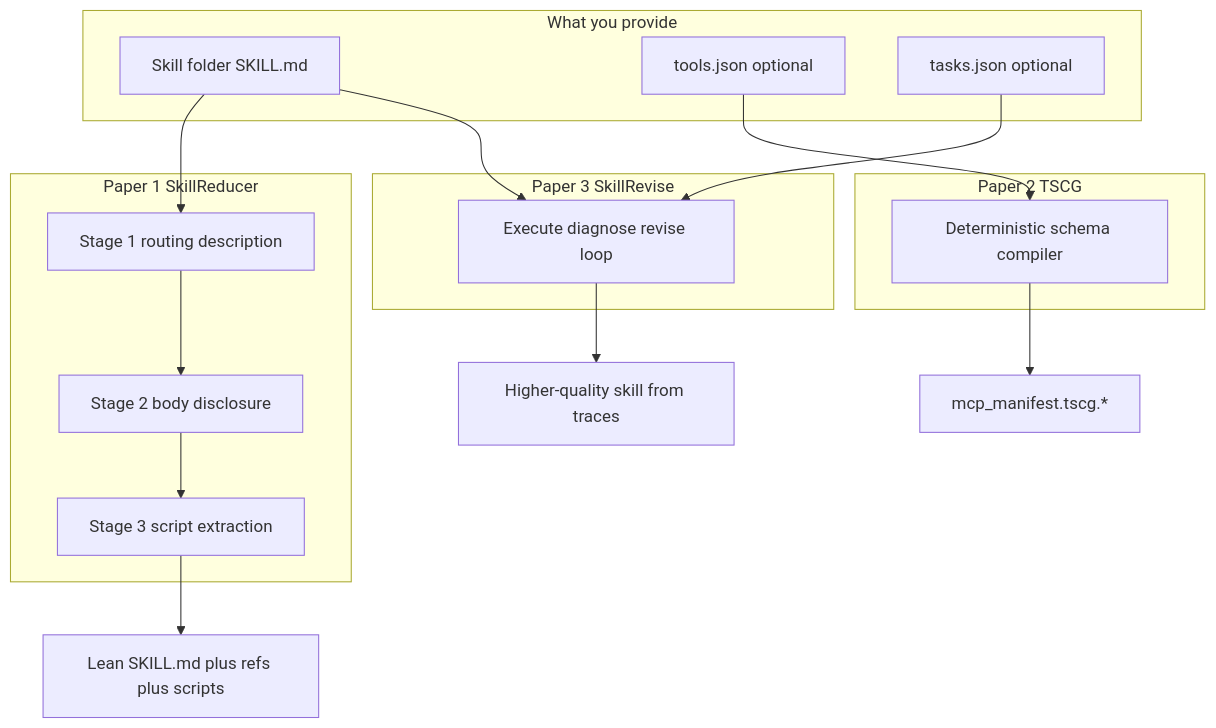
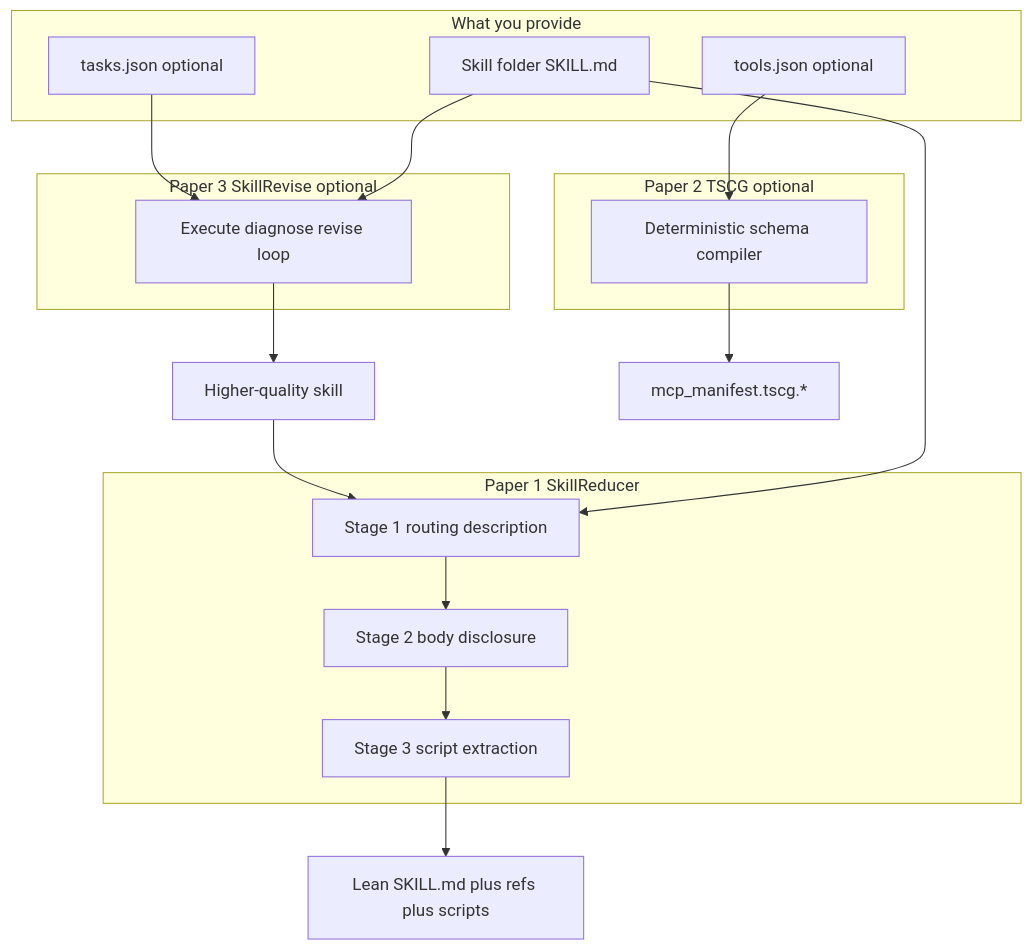
Before and after one commit to zealgoswami-lab/skillreducer: the diagram in docs/OVERVIEW.md, drawn with Mermaid. The commit also changed other lines of this file and 17 other files, not shown here.

First line of the commit message:
Expand per-paper docs with usage and full-flow overviews.

````diff
--- a/docs/OVERVIEW.md
+++ b/docs/OVERVIEW.md
@@ -21,31 +21,32 @@
 ```mermaid
 flowchart TB
     subgraph inputs [What you provide]
         SkillFolder[Skill folder SKILL.md]
         ToolsJson[tools.json optional]
         TasksJson[tasks.json optional]
+    end
+
+    subgraph paper3 [Paper 3 SkillRevise optional]
+        Revise[Execute diagnose revise loop]
     end
 
     subgraph paper1 [Paper 1 SkillReducer]
         S1[Stage 1 routing description]
         S2[Stage 2 body disclosure]
         S3[Stage 3 script extraction]
         S1 --> S2 --> S3
     end
 
-    subgraph paper2 [Paper 2 TSCG]
+    subgraph paper2 [Paper 2 TSCG optional]
         TSCG[Deterministic schema compiler]
     end
 
-    subgraph paper3 [Paper 3 SkillRevise]
-        Revise[Execute diagnose revise loop]
-    end
-
+    TasksJson --> Revise
+    SkillFolder --> Revise
+    Revise --> BetterSkill[Higher-quality skill]
+    BetterSkill --> S1
     SkillFolder --> S1
     S3 --> LeanSkill[Lean SKILL.md plus refs plus scripts]
     ToolsJson --> TSCG
     TSCG --> LeanSchemas[mcp_manifest.tscg.*]
-    TasksJson --> Revise
-    SkillFolder --> Revise
-    Revise --> BetterSkill[Higher-quality skill from traces]
 ```
````
